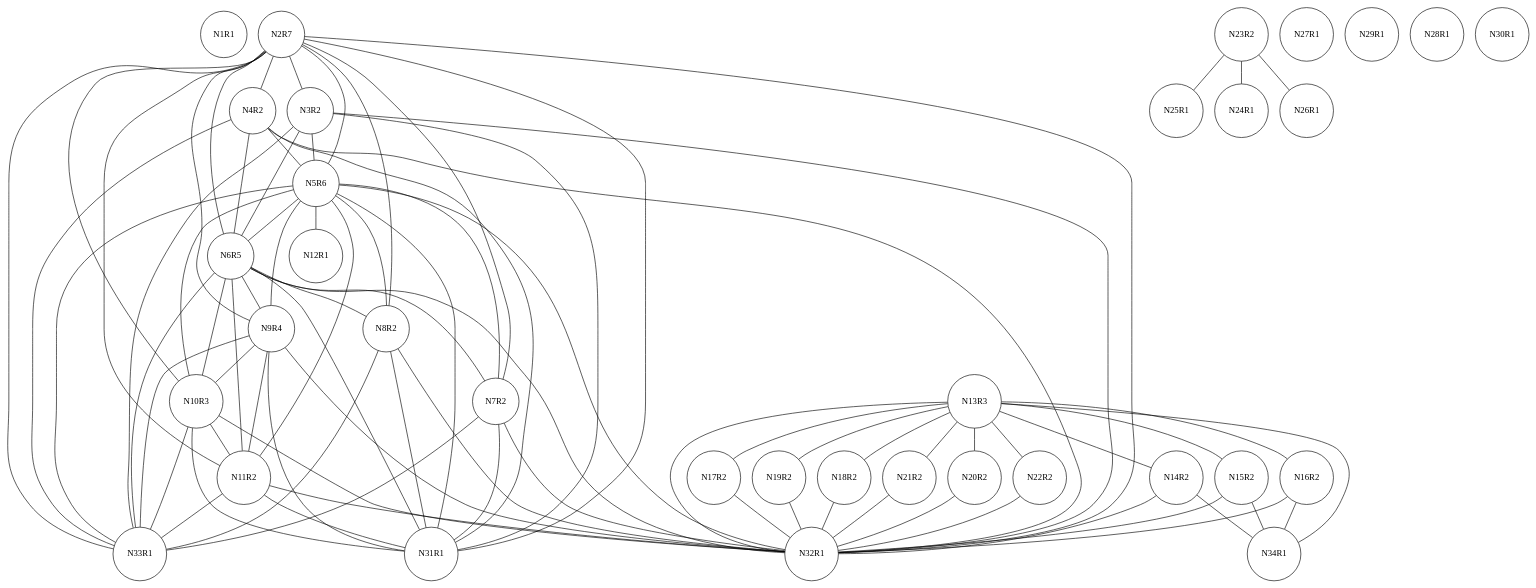
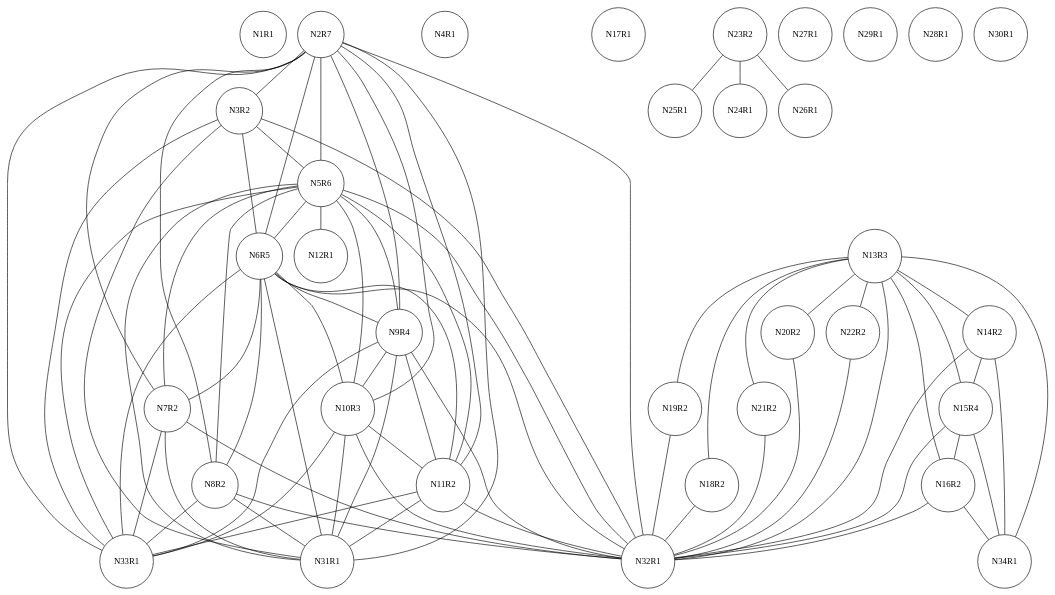
Before and after one commit to chris-wood/PL241-Compiler: the diagram in project/factorial.txt.ig.dot, drawn with Graphviz. The commit also changed 29 other files, not shown here.

```diff
--- a/project/factorial.txt.ig.dot
+++ b/project/factorial.txt.ig.dot
@@ -1,121 +1,115 @@
 graph ig {
     node [shape = circle];
     N1R1;
     N2R7;
     N3R2;
-    N4R2;
+    N4R1;
     N5R6;
     N6R5;
     N7R2;
     N8R2;
     N9R4;
     N10R3;
     N11R2;
     N12R1;
     N13R3;
     N14R2;
-    N15R2;
-    N17R2;
+    N15R4;
+    N17R1;
     N16R2;
     N19R2;
     N18R2;
     N21R2;
     N20R2;
     N23R2;
     N22R2;
     N25R1;
     N24R1;
     N27R1;
     N26R1;
     N29R1;
     N28R1;
     N31R1;
     N30R1;
     N34R1;
     N32R1;
     N33R1;
+    N2R7 -- N33R1;
     N2R7 -- N32R1;
-    N2R7 -- N33R1;
+    N2R7 -- N5R6;
     N2R7 -- N6R5;
-    N2R7 -- N5R6;
     N2R7 -- N11R2;
+    N2R7 -- N10R3;
     N2R7 -- N9R4;
-    N2R7 -- N10R3;
     N2R7 -- N31R1;
     N2R7 -- N8R2;
     N2R7 -- N7R2;
-    N2R7 -- N4R2;
     N2R7 -- N3R2;
-    N3R2 -- N32R1;
     N3R2 -- N33R1;
     N3R2 -- N31R1;
+    N3R2 -- N32R1;
+    N3R2 -- N5R6;
     N3R2 -- N6R5;
-    N3R2 -- N5R6;
-    N4R2 -- N32R1;
-    N4R2 -- N33R1;
-    N4R2 -- N31R1;
-    N4R2 -- N6R5;
-    N4R2 -- N5R6;
+    N5R6 -- N9R4;
+    N5R6 -- N6R5;
+    N5R6 -- N33R1;
     N5R6 -- N32R1;
-    N5R6 -- N33R1;
-    N5R6 -- N6R5;
     N5R6 -- N11R2;
-    N5R6 -- N9R4;
     N5R6 -- N10R3;
     N5R6 -- N31R1;
     N5R6 -- N12R1;
     N5R6 -- N8R2;
     N5R6 -- N7R2;
+    N6R5 -- N9R4;
+    N6R5 -- N33R1;
+    N6R5 -- N32R1;
+    N6R5 -- N11R2;
     N6R5 -- N10R3;
-    N6R5 -- N32R1;
-    N6R5 -- N33R1;
-    N6R5 -- N11R2;
-    N6R5 -- N9R4;
     N6R5 -- N31R1;
     N6R5 -- N8R2;
     N6R5 -- N7R2;
-    N7R2 -- N32R1;
     N7R2 -- N33R1;
     N7R2 -- N31R1;
+    N7R2 -- N32R1;
+    N8R2 -- N31R1;
     N8R2 -- N32R1;
-    N8R2 -- N31R1;
     N8R2 -- N33R1;
     N9R4 -- N11R2;
     N9R4 -- N10R3;
+    N9R4 -- N33R1;
     N9R4 -- N32R1;
-    N9R4 -- N33R1;
     N9R4 -- N31R1;
     N10R3 -- N11R2;
+    N10R3 -- N33R1;
     N10R3 -- N32R1;
-    N10R3 -- N33R1;
     N10R3 -- N31R1;
+    N11R2 -- N33R1;
     N11R2 -- N32R1;
-    N11R2 -- N33R1;
     N11R2 -- N31R1;
     N13R3 -- N20R2;
     N13R3 -- N19R2;
     N13R3 -- N18R2;
+    N13R3 -- N34R1;
     N13R3 -- N32R1;
-    N13R3 -- N34R1;
     N13R3 -- N22R2;
     N13R3 -- N21R2;
     N13R3 -- N16R2;
-    N13R3 -- N17R2;
-    N13R3 -- N15R2;
+    N13R3 -- N15R4;
     N13R3 -- N14R2;
+    N14R2 -- N15R4;
+    N14R2 -- N34R1;
     N14R2 -- N32R1;
-    N14R2 -- N34R1;
-    N15R2 -- N32R1;
-    N15R2 -- N34R1;
-    N17R2 -- N32R1;
+    N15R4 -- N32R1;
+    N15R4 -- N34R1;
+    N15R4 -- N16R2;
     N16R2 -- N32R1;
     N16R2 -- N34R1;
     N19R2 -- N32R1;
     N18R2 -- N32R1;
     N21R2 -- N32R1;
     N20R2 -- N32R1;
     N23R2 -- N26R1;
     N23R2 -- N25R1;
     N23R2 -- N24R1;
     N22R2 -- N32R1;
 }
```
